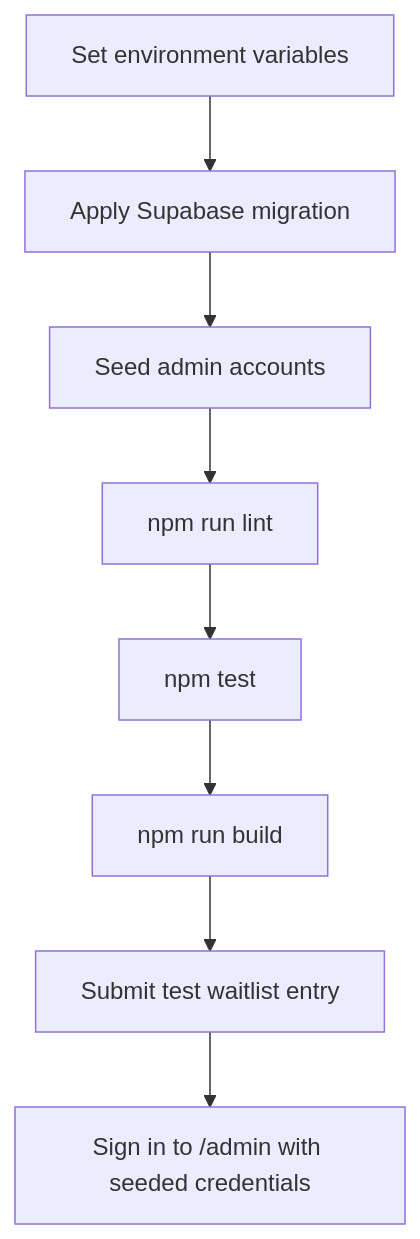
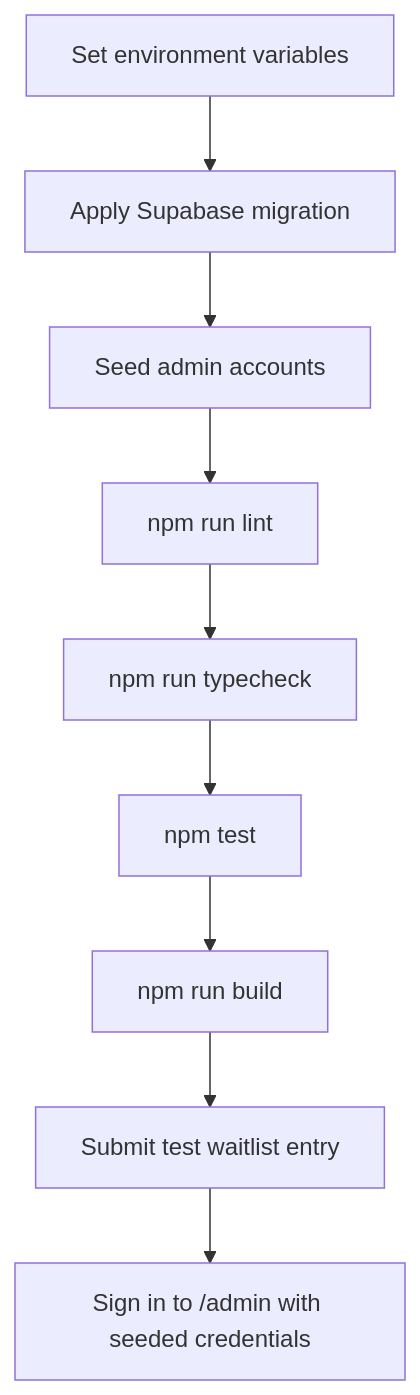
The diagram in docs/operations.md (KipianiNikoloz/FoodLoop), drawn with Mermaid before and after one commit. The commit also changed 41 other files, not shown here.

````diff
--- a/docs/operations.md
+++ b/docs/operations.md
@@ -34,19 +34,21 @@
 ```mermaid
 flowchart TD
   Env[Set environment variables]
   Migration[Apply Supabase migration]
   Seed[Seed admin accounts]
-  Typecheck[npm run lint]
+  Lint[npm run lint]
+  Typecheck[npm run typecheck]
   Tests[npm test]
   Build[npm run build]
   Smoke[Submit test waitlist entry]
   AdminSmoke[Sign in to /admin with seeded credentials]
 
   Env --> Migration
   Migration --> Seed
-  Seed --> Typecheck
+  Seed --> Lint
+  Lint --> Typecheck
   Typecheck --> Tests
   Tests --> Build
   Build --> Smoke
   Smoke --> AdminSmoke
 ```
````
